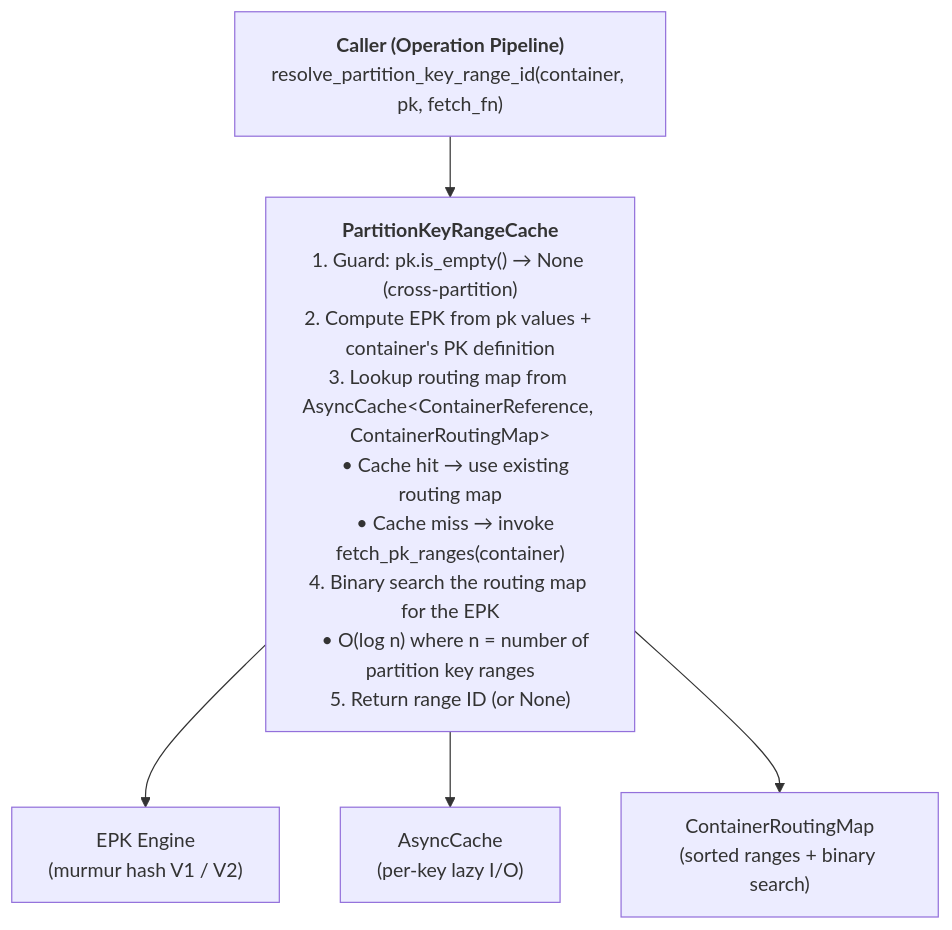
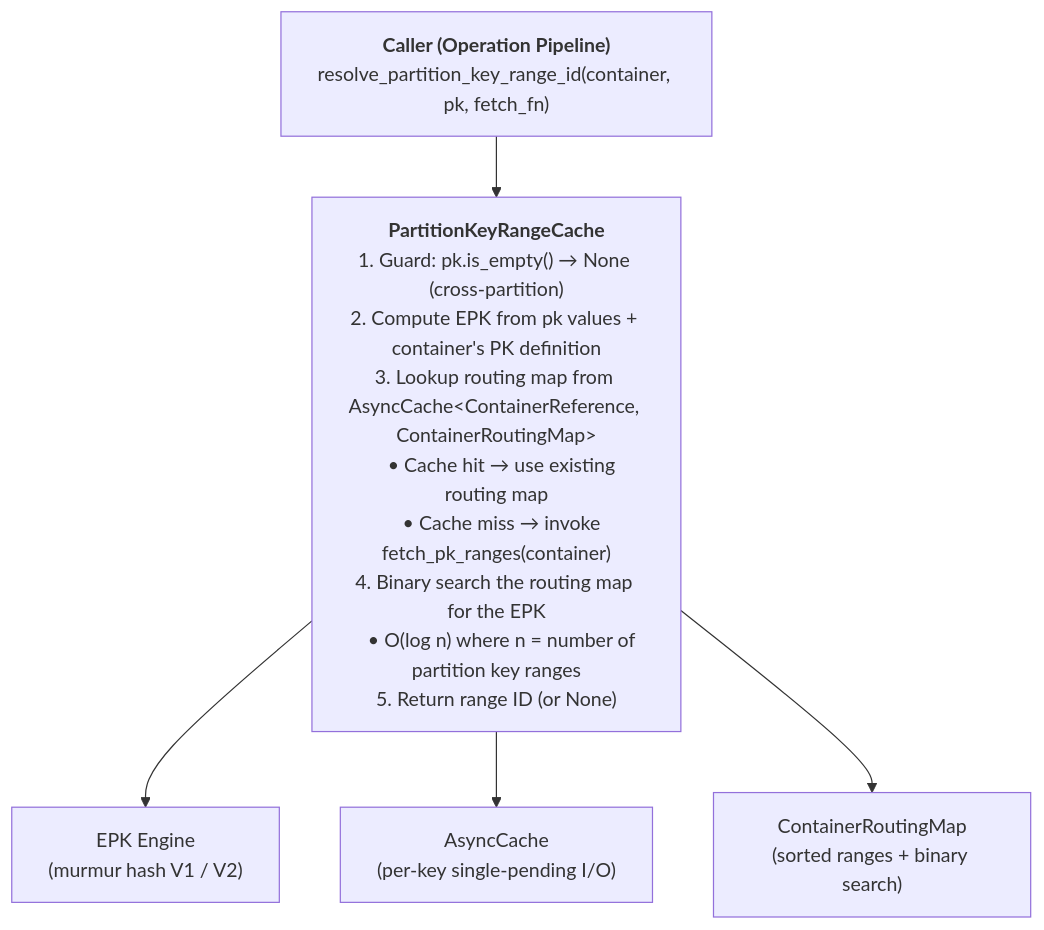
The first of 8 diagrams in sdk/cosmos/docs/specs/0007-partition-key-range-cache.md (Azure/azure-sdk-for-rust), drawn with Mermaid before and after one commit. The commit also changed other lines of this file and 15 other files, not shown here.

````diff
--- a/sdk/cosmos/docs/specs/0007-partition-key-range-cache.md
+++ b/sdk/cosmos/docs/specs/0007-partition-key-range-cache.md
@@ -62,12 +63,12 @@
 ```mermaid
 flowchart TD
     Caller["<b>Caller (Operation Pipeline)</b><br/>resolve_partition_key_range_id(container, pk, fetch_fn)"]
     Cache["<b>PartitionKeyRangeCache</b><br/>1. Guard: pk.is_empty() → None (cross-partition)<br/>2. Compute EPK from pk values + container's PK definition<br/>3. Lookup routing map from AsyncCache&lt;ContainerReference, ContainerRoutingMap&gt;<br/>&nbsp;&nbsp;&nbsp;• Cache hit → use existing routing map<br/>&nbsp;&nbsp;&nbsp;• Cache miss → invoke fetch_pk_ranges(container)<br/>4. Binary search the routing map for the EPK<br/>&nbsp;&nbsp;&nbsp;• O(log n) where n = number of partition key ranges<br/>5. Return range ID (or None)"]
     EPK["EPK Engine<br/>(murmur hash V1 / V2)"]
-    AC["AsyncCache<br/>(per-key lazy I/O)"]
+    AC["AsyncCache<br/>(per-key single-pending I/O)"]
     RM["ContainerRoutingMap<br/>(sorted ranges + binary search)"]
     Caller --> Cache
     Cache --> EPK
     Cache --> AC
     Cache --> RM
 ```
````
